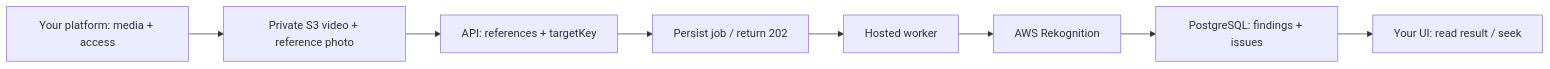
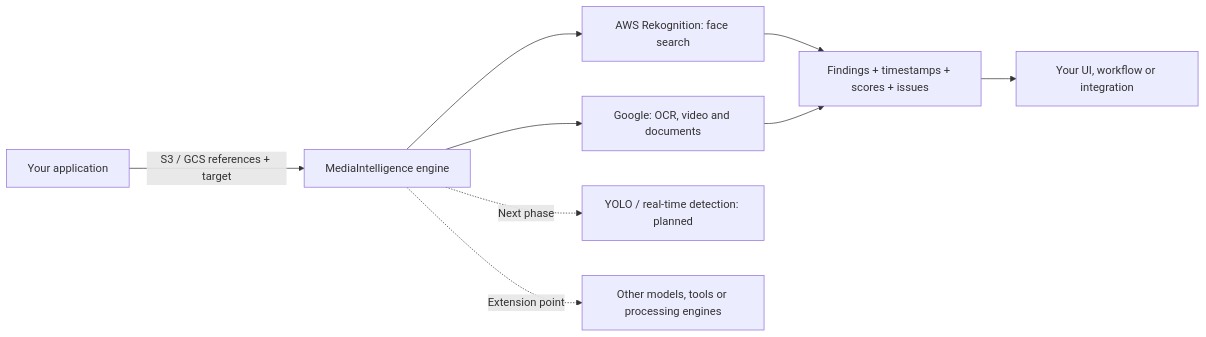
Before and after one commit to lokomurdok89/DeValpo.MediaIntelligence: the first of 2 diagrams in README.md, drawn with Mermaid. The commit also changed other lines of this file and 5 other files, not shown here.

Commit message:
docs: clarify cloud-first engine and next YOLO integration phase

````diff
--- a/README.md
+++ b/README.md
@@ -100,10 +20,11 @@
 ```mermaid
 flowchart LR
-    P["Your platform: media + access"] --> S["Private S3 video + reference photo"]
-    S --> A["API: references + targetKey"]
-    A --> J["Persist job / return 202"]
-    J --> W["Hosted worker"]
-    W --> R["AWS Rekognition"]
-    R --> D["PostgreSQL: findings + issues"]
-    D --> U["Your UI: read result / seek"]
+    App["Your application"] -->|"S3 / GCS references + target"| Engine["MediaIntelligence engine"]
+    Engine --> AWS["AWS Rekognition: face search"]
+    Engine --> Google["Google: OCR, video and documents"]
+    AWS --> Result["Findings + timestamps + scores + issues"]
+    Google --> Result
+    Result --> UI["Your UI, workflow or integration"]
+    Engine -. "Next phase" .-> YOLO["YOLO / real-time detection: planned"]
+    Engine -. "Extension point" .-> Other["Other models, tools or processing engines"]
 ```
````
